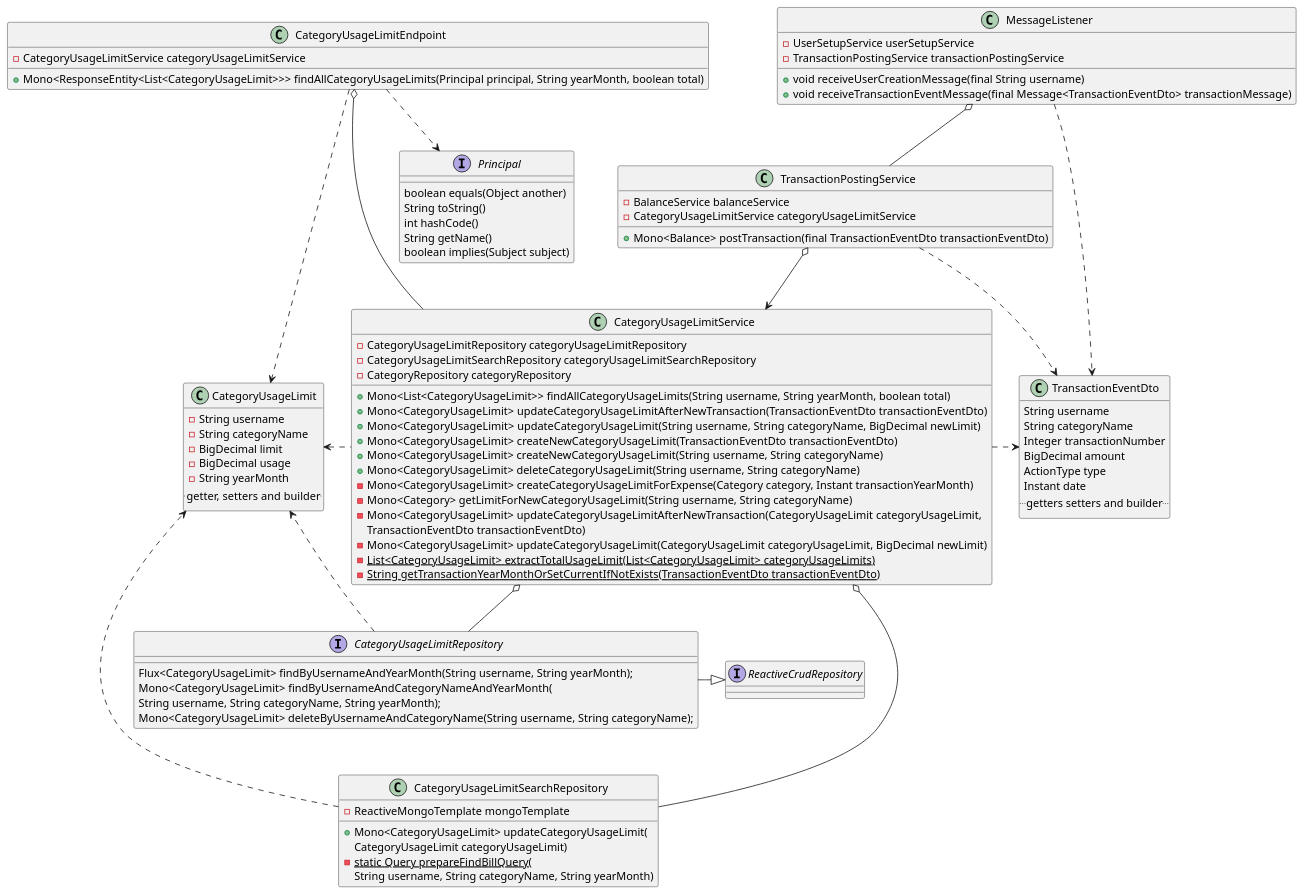
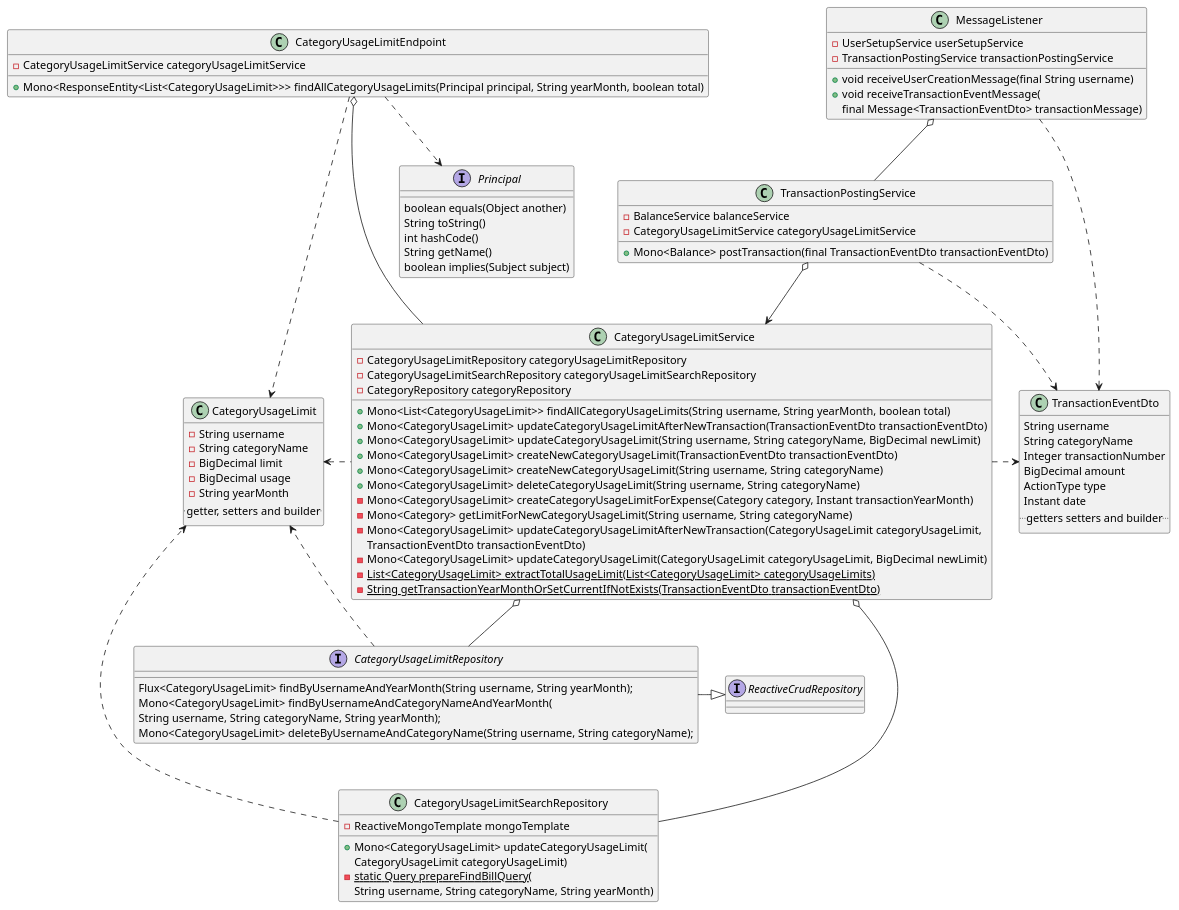
One commit to lukaszse/simple-bills changed the diagram in planning/diagrams/category-limit-usage-class-diagram.puml. Above: the diagram before and after it, drawn with PlantUML. The commit also changed 2 other files, not shown here.

Commit message:
improve transaction management class diagrams

```diff
--- a/planning/diagrams/category-limit-usage-class-diagram.puml
+++ b/planning/diagrams/category-limit-usage-class-diagram.puml
@@ -1,103 +1,104 @@
 @startuml
 'https://plantuml.com/class-diagram
 
 class CategoryUsageLimitEndpoint {
     -CategoryUsageLimitService categoryUsageLimitService
     +Mono<ResponseEntity<List<CategoryUsageLimit>>> findAllCategoryUsageLimits(Principal principal, String yearMonth, boolean total)
 }
 
 class MessageListener {
     -UserSetupService userSetupService
     -TransactionPostingService transactionPostingService
     +void receiveUserCreationMessage(final String username)
-    +void receiveTransactionEventMessage(final Message<TransactionEventDto> transactionMessage)
+    +void receiveTransactionEventMessage(
+    final Message<TransactionEventDto> transactionMessage)
 }
 
 class TransactionPostingService{
     -BalanceService balanceService
     -CategoryUsageLimitService categoryUsageLimitService
     +Mono<Balance> postTransaction(final TransactionEventDto transactionEventDto)
 }
 
 class CategoryUsageLimitService {
     -CategoryUsageLimitRepository categoryUsageLimitRepository
     -CategoryUsageLimitSearchRepository categoryUsageLimitSearchRepository
     -CategoryRepository categoryRepository
     +Mono<List<CategoryUsageLimit>> findAllCategoryUsageLimits(String username, String yearMonth, boolean total)
     +Mono<CategoryUsageLimit> updateCategoryUsageLimitAfterNewTransaction(TransactionEventDto transactionEventDto)
     +Mono<CategoryUsageLimit> updateCategoryUsageLimit(String username, String categoryName,  BigDecimal newLimit)
     +Mono<CategoryUsageLimit> createNewCategoryUsageLimit(TransactionEventDto transactionEventDto)
     +Mono<CategoryUsageLimit> createNewCategoryUsageLimit(String username, String categoryName)
     +Mono<CategoryUsageLimit> deleteCategoryUsageLimit(String username, String categoryName)
     -Mono<CategoryUsageLimit> createCategoryUsageLimitForExpense(Category category, Instant transactionYearMonth)
     -Mono<Category> getLimitForNewCategoryUsageLimit(String username, String categoryName)
     -Mono<CategoryUsageLimit> updateCategoryUsageLimitAfterNewTransaction(CategoryUsageLimit categoryUsageLimit,
      TransactionEventDto transactionEventDto)
     -Mono<CategoryUsageLimit> updateCategoryUsageLimit(CategoryUsageLimit categoryUsageLimit, BigDecimal newLimit)
     -{static} List<CategoryUsageLimit> extractTotalUsageLimit(List<CategoryUsageLimit> categoryUsageLimits)
     -{static} String getTransactionYearMonthOrSetCurrentIfNotExists(TransactionEventDto transactionEventDto)
 }
 
 class CategoryUsageLimit {
     -String username
     -String categoryName
     -BigDecimal limit
     -BigDecimal usage
     -String yearMonth
     .. getter, setters and builder ..
 }
 
 class CategoryUsageLimitSearchRepository {
     -ReactiveMongoTemplate mongoTemplate
     +Mono<CategoryUsageLimit> updateCategoryUsageLimit(
     CategoryUsageLimit categoryUsageLimit)
     -{static}static Query prepareFindBillQuery(
     String username, String categoryName, String yearMonth)
 }
 
 interface CategoryUsageLimitRepository {
         Flux<CategoryUsageLimit> findByUsernameAndYearMonth(String username, String yearMonth);
            Mono<CategoryUsageLimit> findByUsernameAndCategoryNameAndYearMonth(
         String username, String categoryName, String yearMonth);
             Mono<CategoryUsageLimit> deleteByUsernameAndCategoryName(String username, String categoryName);
 }
 
 interface ReactiveCrudRepository
 
 interface Principal {
     boolean equals(Object another)
     String toString()
     int hashCode()
     String getName()
     boolean implies(Subject subject)
 }
 
 class TransactionEventDto {
     String username
     String categoryName
     Integer transactionNumber
     BigDecimal amount
     ActionType type
     Instant date
    .. getters setters and builder ..
 }
 
 
 MessageListener o-- TransactionPostingService
 TransactionPostingService o--> CategoryUsageLimitService
 TransactionPostingService ..> TransactionEventDto
 CategoryUsageLimitEndpoint o--- CategoryUsageLimitService
 CategoryUsageLimitEndpoint ..> Principal
 CategoryUsageLimitEndpoint ...> CategoryUsageLimit
 CategoryUsageLimitService o-- CategoryUsageLimitSearchRepository
 CategoryUsageLimitService o-- CategoryUsageLimitRepository
 CategoryUsageLimitService .left.> CategoryUsageLimit
 CategoryUsageLimitSearchRepository ...> CategoryUsageLimit
 CategoryUsageLimitRepository ..> CategoryUsageLimit
 CategoryUsageLimitRepository -|> ReactiveCrudRepository
 CategoryUsageLimitService .right.> TransactionEventDto
 MessageListener ..> TransactionEventDto
 
 
 
 @enduml
```
